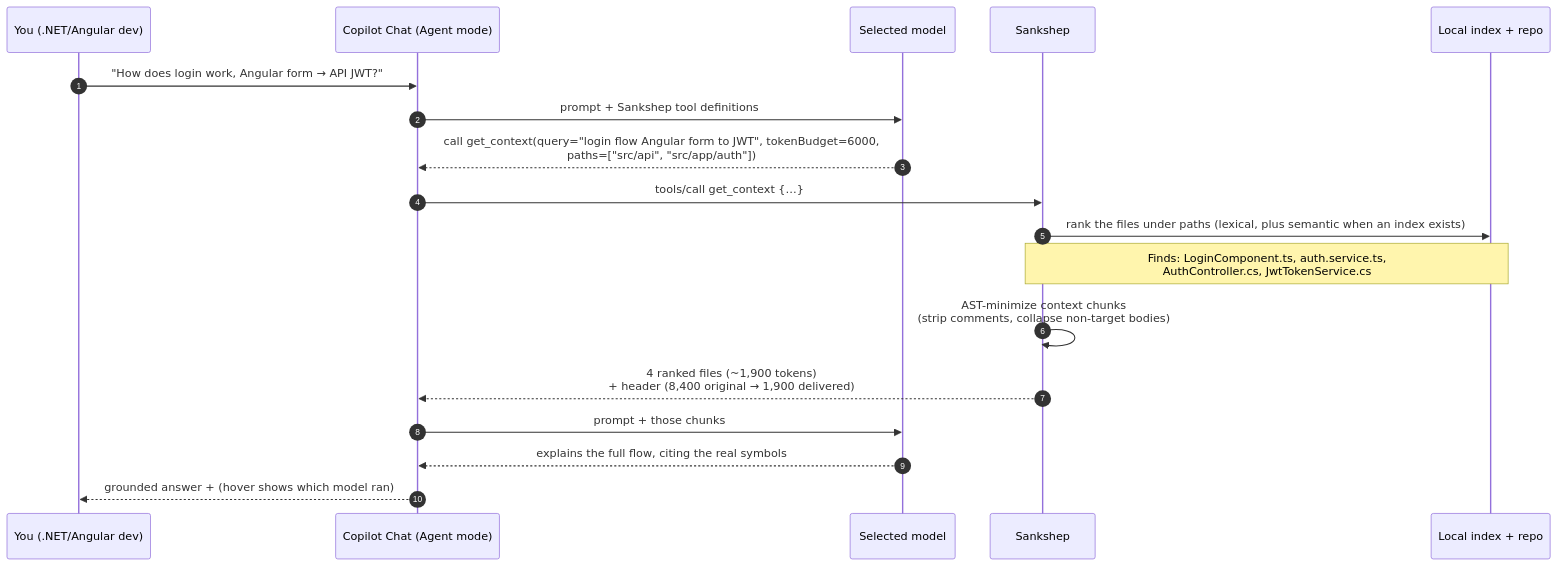
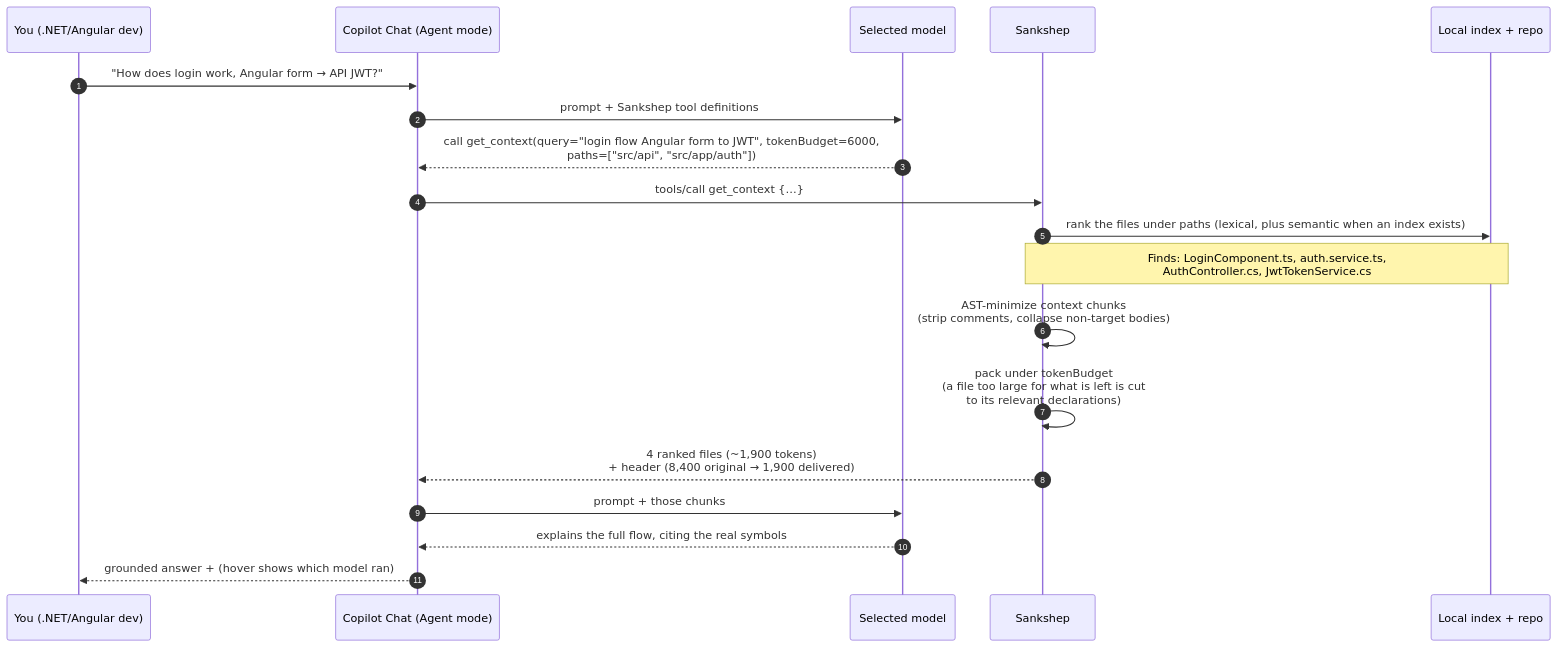
The sixth of 7 diagrams in docs/how-it-works.md (nitinpawar28/sankshep-docs), drawn with Mermaid before and after one commit. The commit also changed other lines of this file and 8 other files, not shown here.

````diff
--- a/docs/how-it-works.md
+++ b/docs/how-it-works.md
@@ -216,21 +216,22 @@
 ```mermaid
 sequenceDiagram
     autonumber
     participant Dev as You (.NET/Angular dev)
     participant Cop as Copilot Chat (Agent mode)
     participant Mdl as Selected model
     participant San as Sankshep
     participant Idx as Local index + repo
 
     Dev->>Cop: "How does login work, Angular form → API JWT?"
     Cop->>Mdl: prompt + Sankshep tool definitions
     Mdl-->>Cop: call get_context(query="login flow Angular form to JWT", tokenBudget=6000,<br/>paths=["src/api", "src/app/auth"])
     Cop->>San: tools/call get_context {…}
     San->>Idx: rank the files under paths (lexical, plus semantic when an index exists)
     Note over San,Idx: Finds: LoginComponent.ts, auth.service.ts,<br/>AuthController.cs, JwtTokenService.cs
     San->>San: AST-minimize context chunks<br/>(strip comments, collapse non-target bodies)
+    San->>San: pack under tokenBudget<br/>(a file too large for what is left is cut<br/>to its relevant declarations)
     San-->>Cop: 4 ranked files (~1,900 tokens)<br/>+ header (8,400 original → 1,900 delivered)
     Cop->>Mdl: prompt + those chunks
     Mdl-->>Cop: explains the full flow, citing the real symbols
     Cop-->>Dev: grounded answer + (hover shows which model ran)
 ```
````
